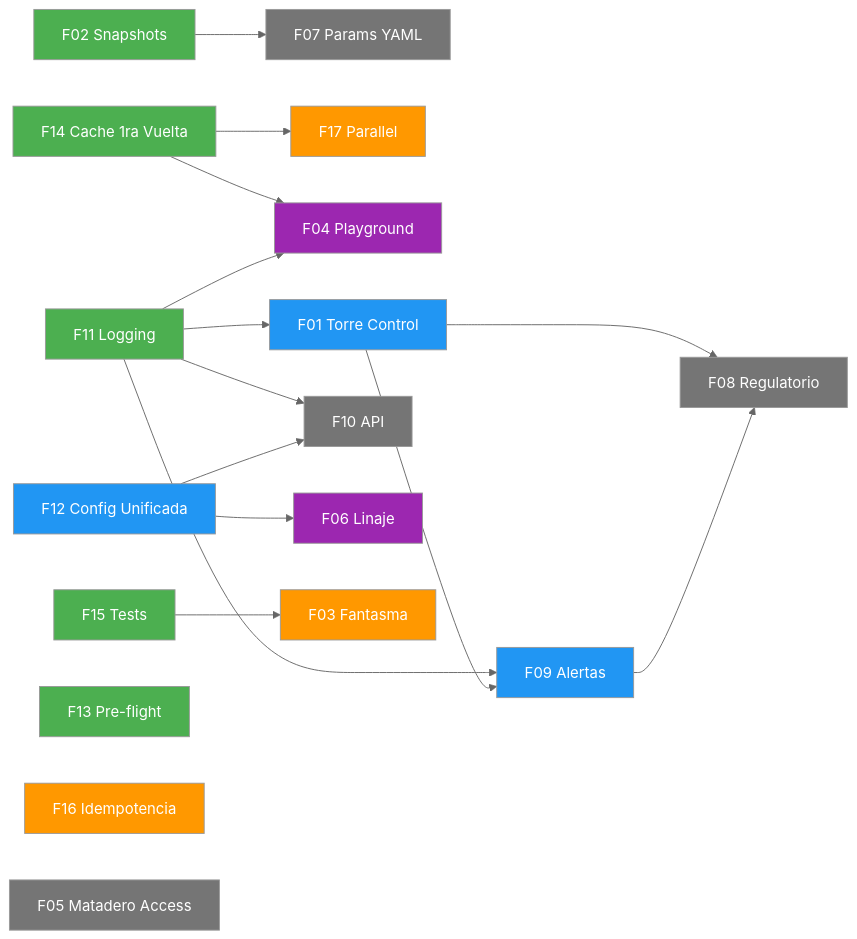
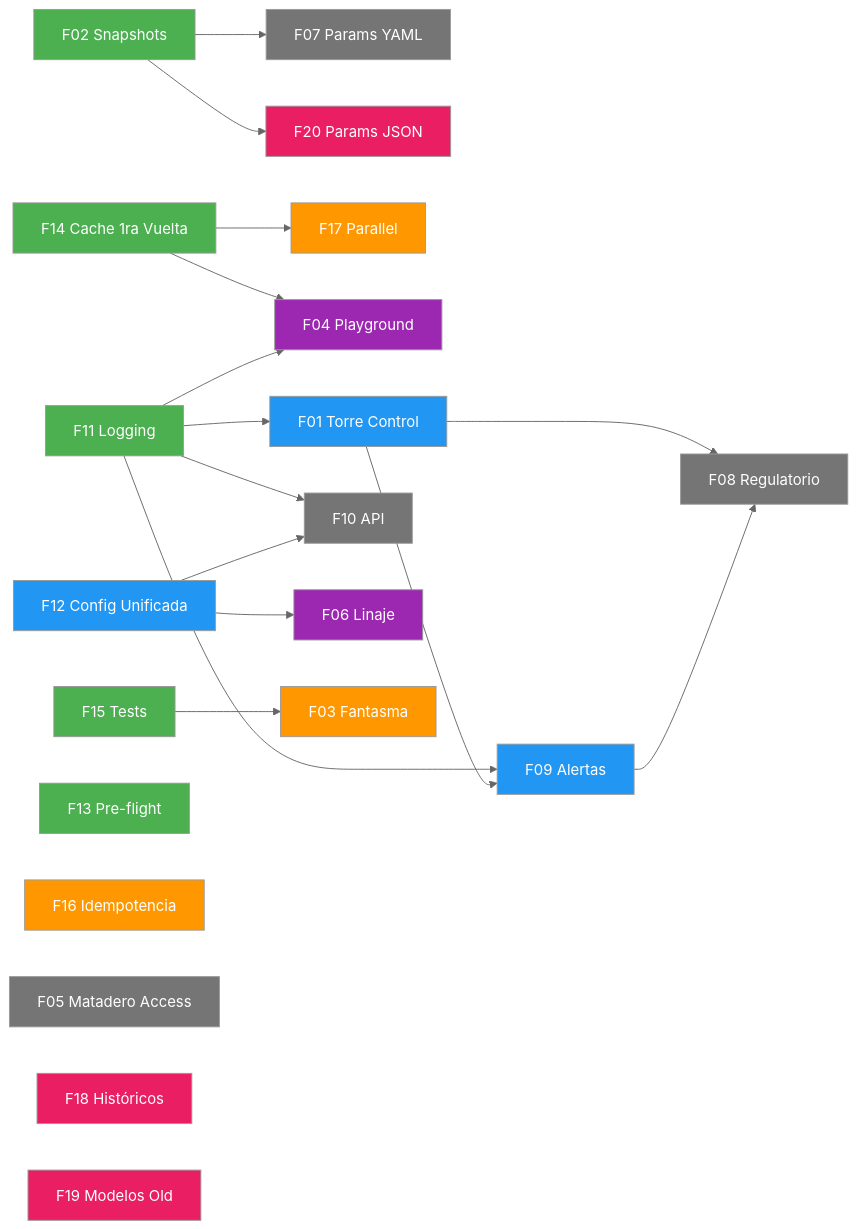
Before and after one commit to vmlandae/bfa-cl-modelos-diarios-v1: the second of 2 diagrams in docs/roadmap/index.md, drawn with Mermaid (neutral theme). The commit also changed other lines of this file and 5 other files, not shown here.

First line of the commit message:
feat(roadmap): add F18 F19 F20 features with draft plans

````diff
--- a/docs/roadmap/index.md
+++ b/docs/roadmap/index.md
@@ -277,37 +342,43 @@
 ```mermaid
 graph LR
     F02[F02 Snapshots] --> F07[F07 Params YAML]
+    F02 --> F20[F20 Params JSON]
     F14[F14 Cache 1ra Vuelta] --> F17[F17 Parallel]
     F14 --> F04[F04 Playground]
     F11[F11 Logging] --> F01[F01 Torre Control]
     F11 --> F09[F09 Alertas]
     F11 --> F04
     F11 --> F10[F10 API]
     F01 --> F09
     F01 --> F08[F08 Regulatorio]
     F09 --> F08
     F12[F12 Config Unificada] --> F06[F06 Linaje]
     F12 --> F10
     F15[F15 Tests] --> F03[F03 Fantasma]
     F13[F13 Pre-flight]
     F16[F16 Idempotencia]
     F05[F05 Matadero Access]
+    F18[F18 Históricos]
+    F19[F19 Modelos Old]
 
     style F02 fill:#4CAF50,color:#fff
     style F14 fill:#4CAF50,color:#fff
     style F13 fill:#4CAF50,color:#fff
     style F15 fill:#4CAF50,color:#fff
     style F11 fill:#4CAF50,color:#fff
     style F01 fill:#2196F3,color:#fff
     style F12 fill:#2196F3,color:#fff
     style F09 fill:#2196F3,color:#fff
     style F03 fill:#FF9800,color:#fff
     style F17 fill:#FF9800,color:#fff
     style F16 fill:#FF9800,color:#fff
     style F04 fill:#9C27B0,color:#fff
     style F06 fill:#9C27B0,color:#fff
     style F05 fill:#757575,color:#fff
     style F07 fill:#757575,color:#fff
     style F08 fill:#757575,color:#fff
     style F10 fill:#757575,color:#fff
+    style F18 fill:#E91E63,color:#fff
+    style F19 fill:#E91E63,color:#fff
+    style F20 fill:#E91E63,color:#fff
 ```
````
